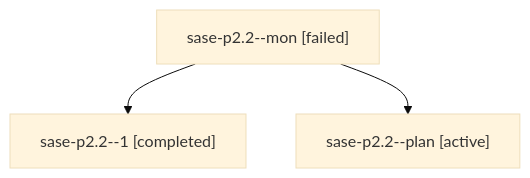
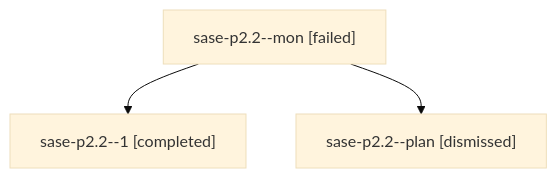
The diagram in sessions/bbugyi200.athena.sase-p2.2.md (sase-org/sase--agents), drawn with Mermaid (base theme) before and after one commit. The commit also changed other lines of this file and 206 other files, not shown here.

````diff
--- a/sessions/bbugyi200.athena.sase-p2.2.md
+++ b/sessions/bbugyi200.athena.sase-p2.2.md
@@ -9,8 +9,8 @@
 ```mermaid
 flowchart TD
   n0["sase-p2.2--mon [failed]"]
   n1["sase-p2.2--1 [completed]"]
   n0 --> n1
-  n2["sase-p2.2--plan [active]"]
+  n2["sase-p2.2--plan [dismissed]"]
   n0 --> n2
 ```
````
